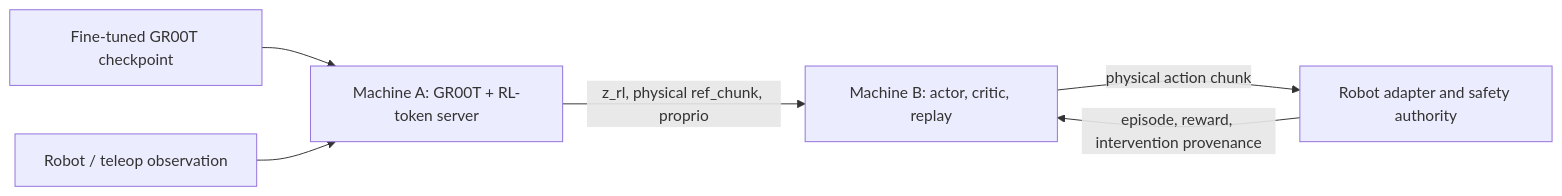
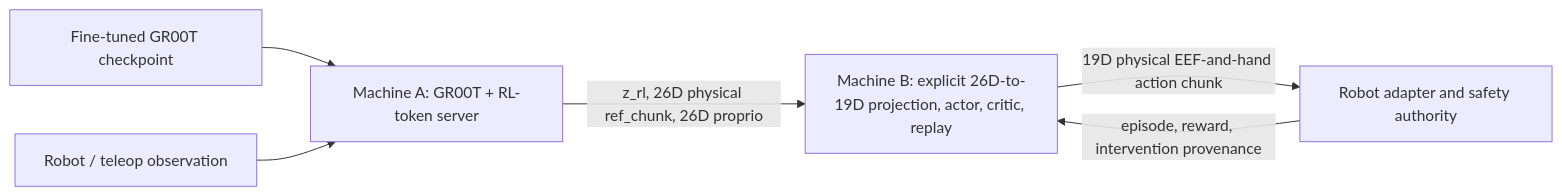
Before and after one commit to AGIMani/RLT: the diagram in README.md, drawn with Mermaid. The commit also changed other lines of this file and 20 other files, not shown here.

````diff
--- a/README.md
+++ b/README.md
@@ -31,8 +31,8 @@
 ```mermaid
 flowchart LR
     C[Fine-tuned GR00T checkpoint] --> A[Machine A: GR00T + RL-token server]
     O[Robot / teleop observation] --> A
-    A -->|z_rl, physical ref_chunk, proprio| B[Machine B: actor, critic, replay]
-    B -->|physical action chunk| R[Robot adapter and safety authority]
+    A -->|z_rl, 26D physical ref_chunk, 26D proprio| B[Machine B: explicit 26D-to-19D projection, actor, critic, replay]
+    B -->|19D physical EEF-and-hand action chunk| R[Robot adapter and safety authority]
     R -->|episode, reward, intervention provenance| B
 ```
````
